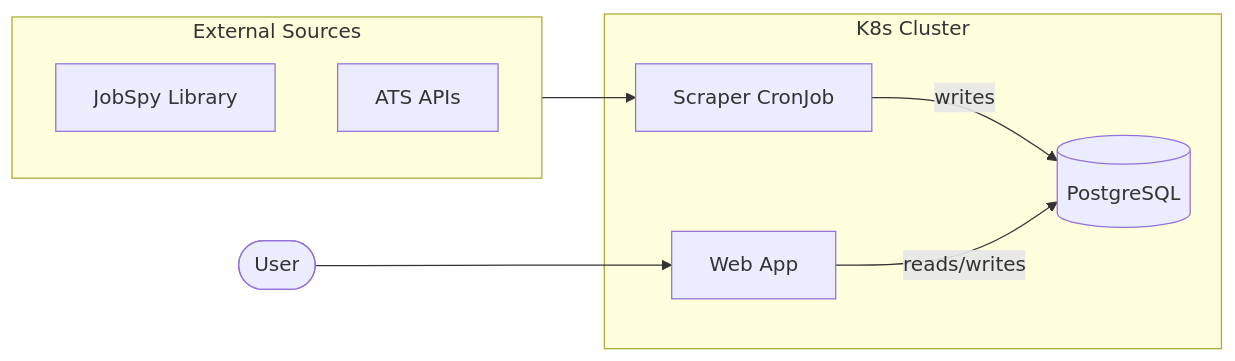
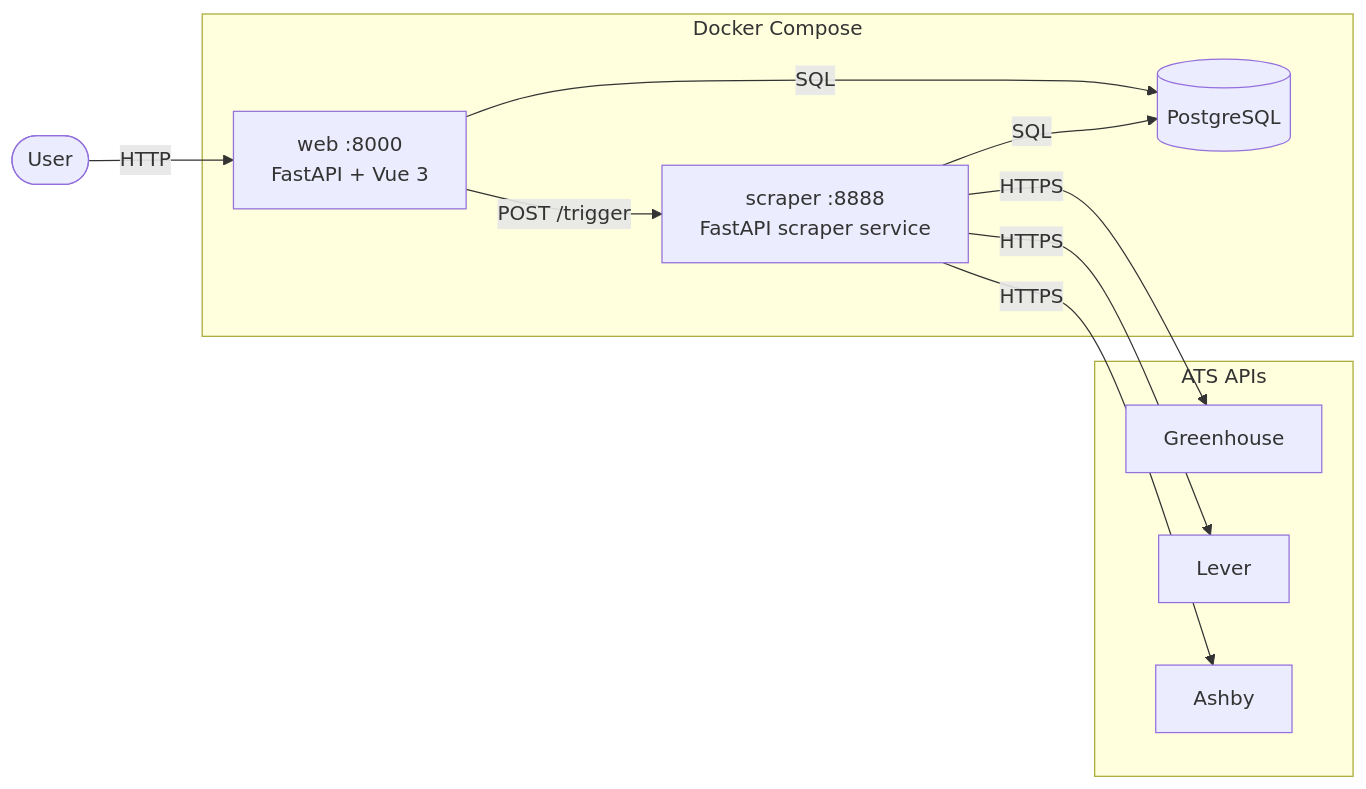
The first of 2 diagrams in docs/README.md (pww217/hirewire), drawn with Mermaid before and after one commit. The commit also changed other lines of this file and 17 other files, not shown here.

````diff
--- a/docs/README.md
+++ b/docs/README.md
@@ -47,18 +28,22 @@
 ```mermaid
 flowchart LR
-    subgraph sources [External Sources]
-        JobSpy[JobSpy Library]
-        ATS[ATS APIs]
+    subgraph docker [Docker Compose]
+        web["web :8000\nFastAPI + Vue 3"]
+        scraper["scraper :8888\nFastAPI scraper service"]
+        db[(PostgreSQL)]
     end
 
-    subgraph k8s [K8s Cluster]
-        CronJob[Scraper CronJob]
-        WebApp[Web App]
-        PG[(PostgreSQL)]
+    subgraph ats [ATS APIs]
+        greenhouse[Greenhouse]
+        lever[Lever]
+        ashby[Ashby]
     end
 
-    sources --> CronJob
-    CronJob -->|writes| PG
-    WebApp -->|reads/writes| PG
-    User([User]) --> WebApp
+    user([User]) -->|HTTP| web
+    web -->|POST /trigger| scraper
+    web -->|SQL| db
+    scraper -->|SQL| db
+    scraper -->|HTTPS| greenhouse
+    scraper -->|HTTPS| lever
+    scraper -->|HTTPS| ashby
 ```
````
